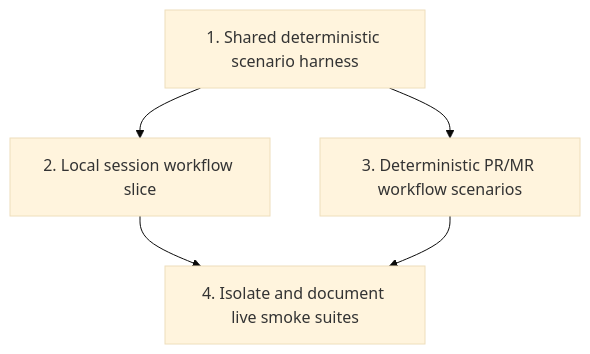
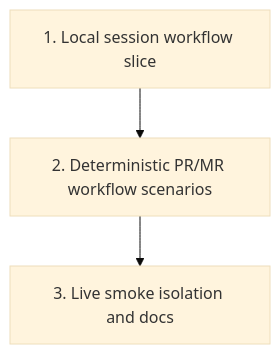
One commit to opencloudtool/agentty changed the diagram in docs/plan/end_to_end_test_structure.md. Above: the diagram before and after it, drawn with Mermaid (base theme). The commit also changed other lines of this file and 4 other files, not shown here.

````diff
--- a/docs/plan/end_to_end_test_structure.md
+++ b/docs/plan/end_to_end_test_structure.md
@@ -101,7 +109,5 @@
 ```mermaid
 graph TD
-    P1[1. Shared deterministic scenario harness] --> P2[2. Local session workflow slice]
-    P1 --> P3[3. Deterministic PR/MR workflow scenarios]
-    P2 --> P4[4. Isolate and document live smoke suites]
-    P3 --> P4
+    P1[1. Local session workflow slice] --> P2[2. Deterministic PR/MR workflow scenarios]
+    P2 --> P3[3. Live smoke isolation and docs]
 ```
````
